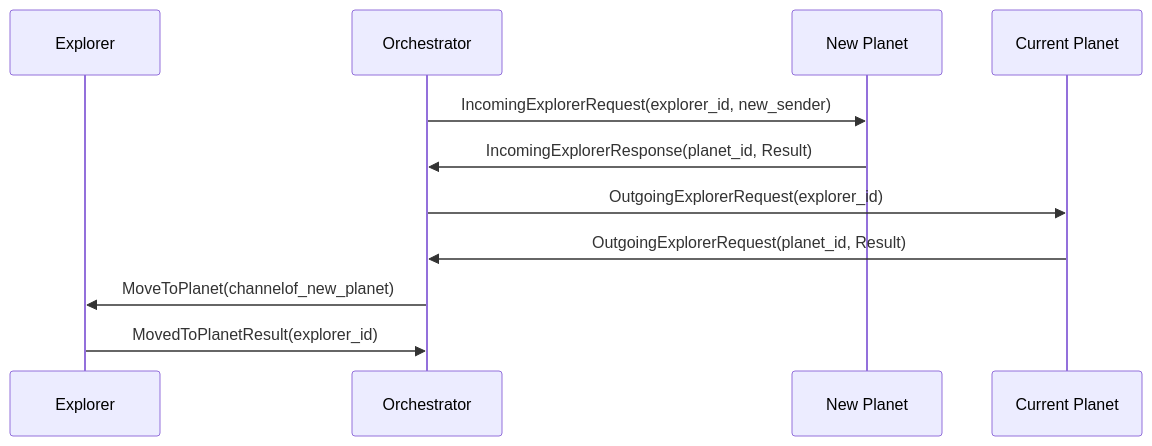
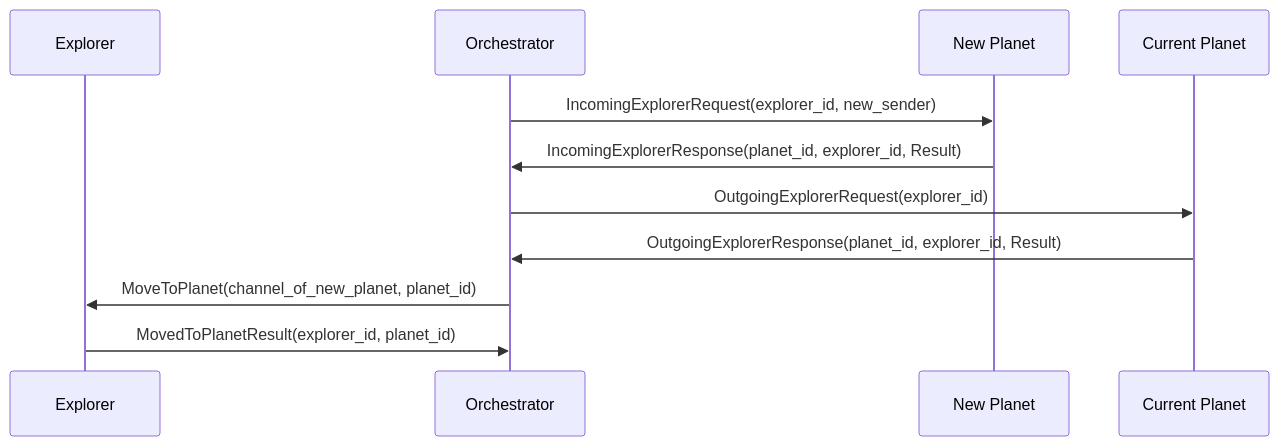
Diagram 11 of 23 in MESSAGE_DIAGRAMS.md (unitn-ap-2025/common), drawn with Mermaid before and after one commit. The commit also changed other lines of this file and 3 other files, not shown here.

Commit message:
Fixed Issues #155 and #156 + changed MESSAGE_DIAGRAMS.md

````diff
--- a/MESSAGE_DIAGRAMS.md
+++ b/MESSAGE_DIAGRAMS.md
@@ -123,16 +123,16 @@
 ```mermaid
 sequenceDiagram
     participant E as Explorer
     participant O as Orchestrator
     participant newP as New Planet
     participant currP as Current Planet
 
 
     O ->> newP: IncomingExplorerRequest(explorer_id, new_sender)
-    newP ->> O: IncomingExplorerResponse(planet_id, Result)
+    newP ->> O: IncomingExplorerResponse(planet_id, explorer_id, Result)
     O ->> currP: OutgoingExplorerRequest(explorer_id)
-    currP ->> O: OutgoingExplorerRequest(planet_id, Result)
+    currP ->> O: OutgoingExplorerResponse(planet_id, explorer_id, Result)
 
-    O ->>E: MoveToPlanet(channelof_new_planet)
-    E->> O: MovedToPlanetResult(explorer_id)
+    O ->>E: MoveToPlanet(channel_of_new_planet, planet_id)
+    E->> O: MovedToPlanetResult(explorer_id, planet_id)
 ```
````
